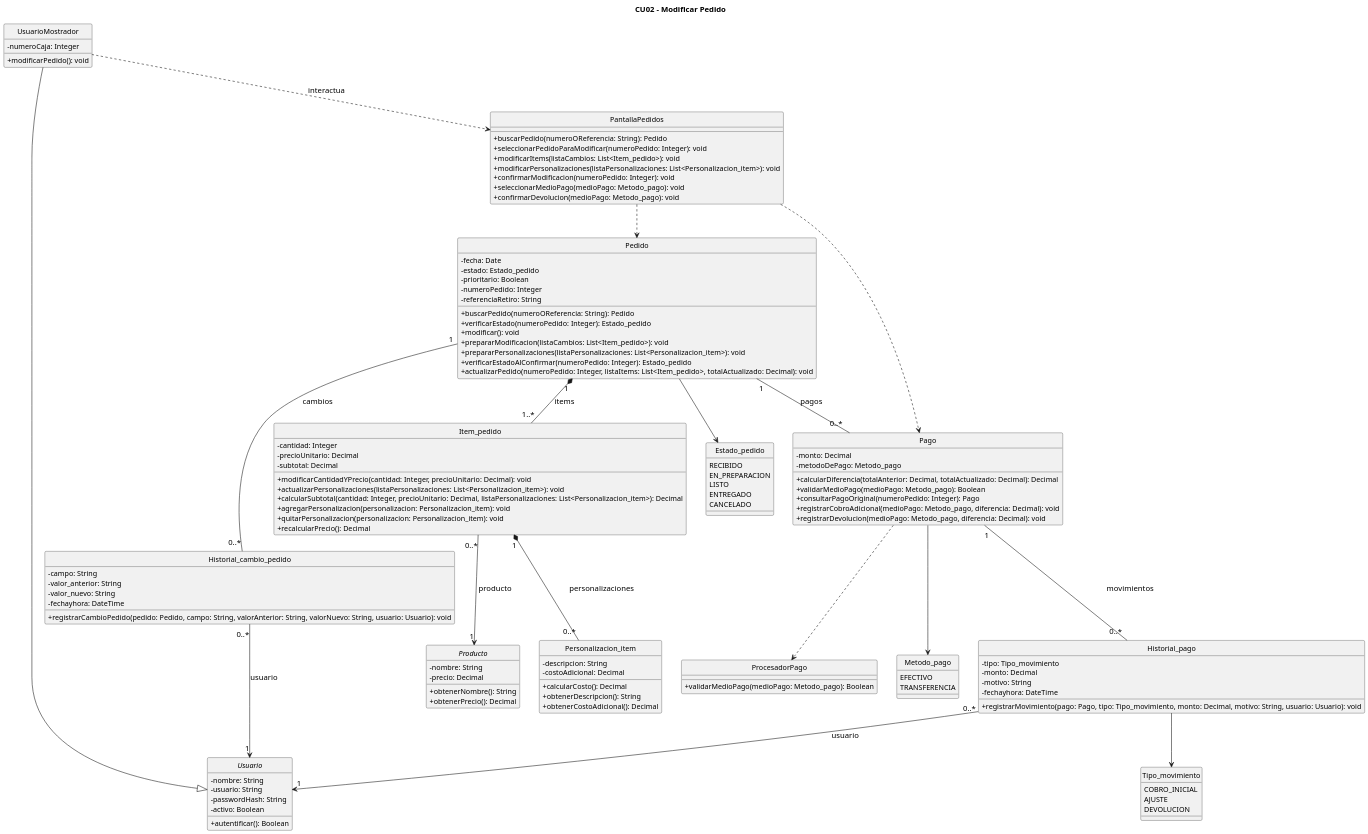
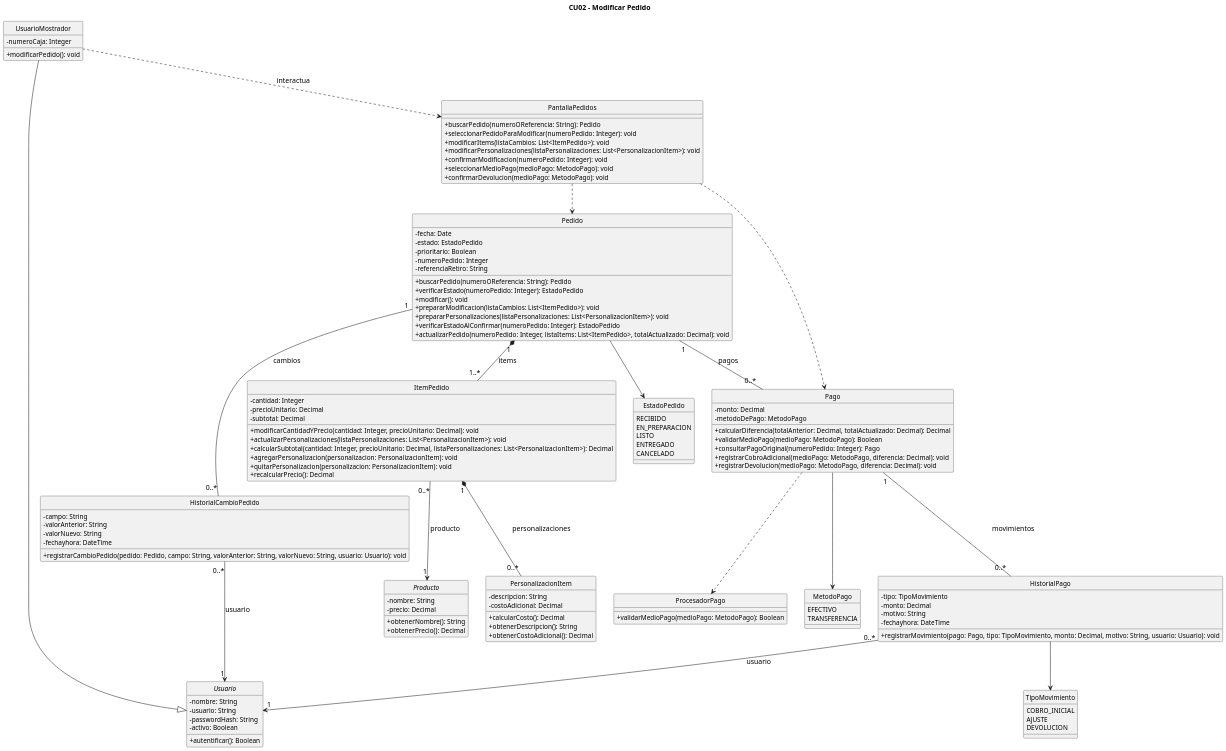
Before and after one commit to eloeyhe/SistemaPedidos: the diagram in diagramas/01-diagrama-clases/02-clases-modificar-pedido-02.puml, drawn with PlantUML. The commit also changed 43 other files, not shown here.

```diff
--- a/diagramas/01-diagrama-clases/02-clases-modificar-pedido-02.puml
+++ b/diagramas/01-diagrama-clases/02-clases-modificar-pedido-02.puml
@@ -1,153 +1,154 @@
 @startuml
+scale 0.9
 title CU02 - Modificar Pedido
 top to bottom direction
 hide circle
 skinparam classAttributeIconSize 0
 skinparam defaultFontSize 14
 skinparam classFontSize 15
 skinparam classAttributeFontSize 13
 skinparam dpi 160
 
 abstract class Usuario {
   -nombre: String
   -usuario: String
   -passwordHash: String
   -activo: Boolean
   +autentificar(): Boolean
 }
 
 class UsuarioMostrador {
   -numeroCaja: Integer
   +modificarPedido(): void
 }
 
 class PantallaPedidos {
   +buscarPedido(numeroOReferencia: String): Pedido
   +seleccionarPedidoParaModificar(numeroPedido: Integer): void
-  +modificarItems(listaCambios: List<Item_pedido>): void
-  +modificarPersonalizaciones(listaPersonalizaciones: List<Personalizacion_item>): void
+  +modificarItems(listaCambios: List<ItemPedido>): void
+  +modificarPersonalizaciones(listaPersonalizaciones: List<PersonalizacionItem>): void
   +confirmarModificacion(numeroPedido: Integer): void
-  +seleccionarMedioPago(medioPago: Metodo_pago): void
-  +confirmarDevolucion(medioPago: Metodo_pago): void
+  +seleccionarMedioPago(medioPago: MetodoPago): void
+  +confirmarDevolucion(medioPago: MetodoPago): void
 }
 
 class Pedido {
   -fecha: Date
-  -estado: Estado_pedido
+  -estado: EstadoPedido
   -prioritario: Boolean
   -numeroPedido: Integer
   -referenciaRetiro: String
   +buscarPedido(numeroOReferencia: String): Pedido
-  +verificarEstado(numeroPedido: Integer): Estado_pedido
+  +verificarEstado(numeroPedido: Integer): EstadoPedido
   +modificar(): void
-  +prepararModificacion(listaCambios: List<Item_pedido>): void
-  +prepararPersonalizaciones(listaPersonalizaciones: List<Personalizacion_item>): void
-  +verificarEstadoAlConfirmar(numeroPedido: Integer): Estado_pedido
-  +actualizarPedido(numeroPedido: Integer, listaItems: List<Item_pedido>, totalActualizado: Decimal): void
+  +prepararModificacion(listaCambios: List<ItemPedido>): void
+  +prepararPersonalizaciones(listaPersonalizaciones: List<PersonalizacionItem>): void
+  +verificarEstadoAlConfirmar(numeroPedido: Integer): EstadoPedido
+  +actualizarPedido(numeroPedido: Integer, listaItems: List<ItemPedido>, totalActualizado: Decimal): void
 }
 
-class Item_pedido {
+class ItemPedido {
   -cantidad: Integer
   -precioUnitario: Decimal
   -subtotal: Decimal
   +modificarCantidadYPrecio(cantidad: Integer, precioUnitario: Decimal): void
-  +actualizarPersonalizaciones(listaPersonalizaciones: List<Personalizacion_item>): void
-  +calcularSubtotal(cantidad: Integer, precioUnitario: Decimal, listaPersonalizaciones: List<Personalizacion_item>): Decimal
-  +agregarPersonalizacion(personalizacion: Personalizacion_item): void
-  +quitarPersonalizacion(personalizacion: Personalizacion_item): void
+  +actualizarPersonalizaciones(listaPersonalizaciones: List<PersonalizacionItem>): void
+  +calcularSubtotal(cantidad: Integer, precioUnitario: Decimal, listaPersonalizaciones: List<PersonalizacionItem>): Decimal
+  +agregarPersonalizacion(personalizacion: PersonalizacionItem): void
+  +quitarPersonalizacion(personalizacion: PersonalizacionItem): void
   +recalcularPrecio(): Decimal
 }
 
 abstract class Producto {
   -nombre: String
   -precio: Decimal
   +obtenerNombre(): String
   +obtenerPrecio(): Decimal
 }
 
-class Personalizacion_item {
+class PersonalizacionItem {
   -descripcion: String
   -costoAdicional: Decimal
   +calcularCosto(): Decimal
   +obtenerDescripcion(): String
   +obtenerCostoAdicional(): Decimal
 }
 
 class Pago {
   -monto: Decimal
-  -metodoDePago: Metodo_pago
+  -metodoDePago: MetodoPago
   +calcularDiferencia(totalAnterior: Decimal, totalActualizado: Decimal): Decimal
-  +validarMedioPago(medioPago: Metodo_pago): Boolean
+  +validarMedioPago(medioPago: MetodoPago): Boolean
   +consultarPagoOriginal(numeroPedido: Integer): Pago
-  +registrarCobroAdicional(medioPago: Metodo_pago, diferencia: Decimal): void
-  +registrarDevolucion(medioPago: Metodo_pago, diferencia: Decimal): void
+  +registrarCobroAdicional(medioPago: MetodoPago, diferencia: Decimal): void
+  +registrarDevolucion(medioPago: MetodoPago, diferencia: Decimal): void
 }
 
 class ProcesadorPago {
-  +validarMedioPago(medioPago: Metodo_pago): Boolean
+  +validarMedioPago(medioPago: MetodoPago): Boolean
 }
 
-class Historial_pago {
-  -tipo: Tipo_movimiento
+class HistorialPago {
+  -tipo: TipoMovimiento
   -monto: Decimal
   -motivo: String
   -fechayhora: DateTime
-  +registrarMovimiento(pago: Pago, tipo: Tipo_movimiento, monto: Decimal, motivo: String, usuario: Usuario): void
+  +registrarMovimiento(pago: Pago, tipo: TipoMovimiento, monto: Decimal, motivo: String, usuario: Usuario): void
 }
 
-class Historial_cambio_pedido {
+class HistorialCambioPedido {
   -campo: String
-  -valor_anterior: String
-  -valor_nuevo: String
+  -valorAnterior: String
+  -valorNuevo: String
   -fechayhora: DateTime
   +registrarCambioPedido(pedido: Pedido, campo: String, valorAnterior: String, valorNuevo: String, usuario: Usuario): void
   }
 
-enum Estado_pedido {
+enum EstadoPedido {
   RECIBIDO
   EN_PREPARACION
   LISTO
   ENTREGADO
   CANCELADO
 }
 
-enum Metodo_pago {
+enum MetodoPago {
   EFECTIVO
   TRANSFERENCIA
 }
 
-enum Tipo_movimiento {
+enum TipoMovimiento {
   COBRO_INICIAL
   AJUSTE
   DEVOLUCION
 }
 
 ' Herencia
 UsuarioMostrador --|> Usuario
 
 ' Dependencias
 UsuarioMostrador ..> PantallaPedidos : interactua
 PantallaPedidos ..> Pedido
 PantallaPedidos ..> Pago
 Pago ..> ProcesadorPago
 
 ' Composiciones
-Pedido "1" *-- "1..*" Item_pedido : items
-Item_pedido "1" *-- "0..*" Personalizacion_item : personalizaciones
+Pedido "1" *-- "1..*" ItemPedido : items
+ItemPedido "1" *-- "0..*" PersonalizacionItem : personalizaciones
 
 ' Asociaciones
-Item_pedido "0..*" --> "1" Producto : producto
+ItemPedido "0..*" --> "1" Producto : producto
 Pedido "1" -- "0..*" Pago : pagos
-Pago "1" -- "0..*" Historial_pago : movimientos
-Pedido "1" -- "0..*" Historial_cambio_pedido : cambios
+Pago "1" -- "0..*" HistorialPago : movimientos
+Pedido "1" -- "0..*" HistorialCambioPedido : cambios
 
 ' Asociaciones con Usuario
-Historial_pago "0..*" --> "1" Usuario : usuario
-Historial_cambio_pedido "0..*" --> "1" Usuario : usuario
+HistorialPago "0..*" --> "1" Usuario : usuario
+HistorialCambioPedido "0..*" --> "1" Usuario : usuario
 
 ' Enumeraciones
-Pedido --> Estado_pedido
-Pago --> Metodo_pago
-Historial_pago --> Tipo_movimiento
+Pedido --> EstadoPedido
+Pago --> MetodoPago
+HistorialPago --> TipoMovimiento
 
 @enduml
```
